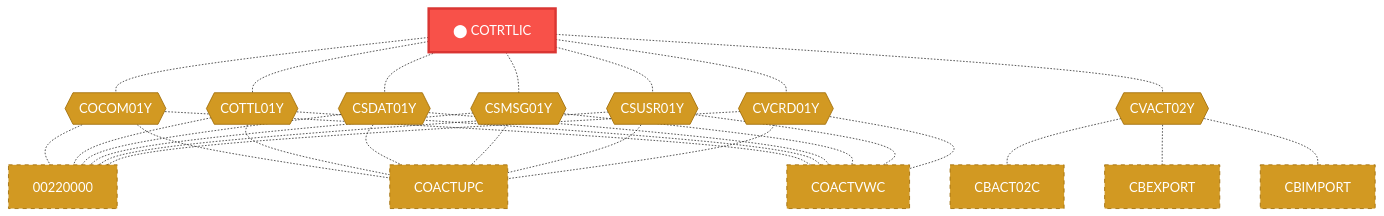
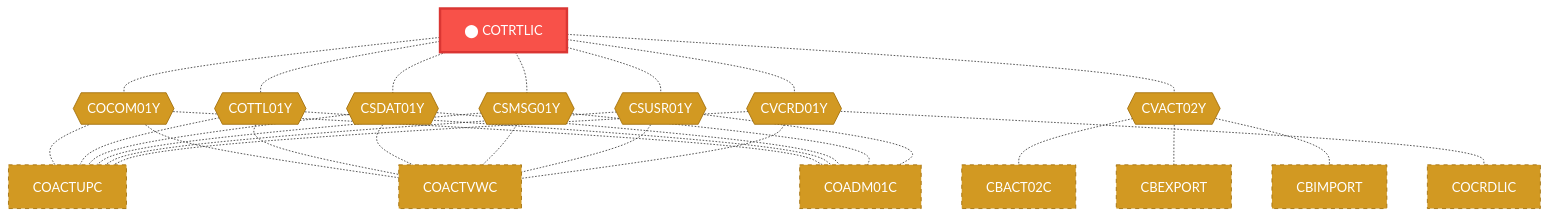
Before and after one commit to Arun973150/new_doc: the first of 2 diagrams in Unisys_doc-main/doc_demo/docs/programs/COTRTLIC.md, drawn with Mermaid. The commit also changed other lines of this file and 609 other files, not shown here.

````diff
--- a/Unisys_doc-main/doc_demo/docs/programs/COTRTLIC.md
+++ b/Unisys_doc-main/doc_demo/docs/programs/COTRTLIC.md
@@ -57,66 +57,66 @@
 ```mermaid
 flowchart TD
     COTRTLIC["⬤ COTRTLIC"]:::target
     CB_COCOM01Y{{"COCOM01Y"}}:::copybook
     COTRTLIC -.- CB_COCOM01Y
-    00220000["00220000"]:::coupled
-    CB_COCOM01Y -.- 00220000
     COACTUPC["COACTUPC"]:::coupled
     CB_COCOM01Y -.- COACTUPC
     COACTVWC["COACTVWC"]:::coupled
     CB_COCOM01Y -.- COACTVWC
+    COADM01C["COADM01C"]:::coupled
+    CB_COCOM01Y -.- COADM01C
     CB_COTTL01Y{{"COTTL01Y"}}:::copybook
     COTRTLIC -.- CB_COTTL01Y
-    00220000["00220000"]:::coupled
-    CB_COTTL01Y -.- 00220000
     COACTUPC["COACTUPC"]:::coupled
     CB_COTTL01Y -.- COACTUPC
     COACTVWC["COACTVWC"]:::coupled
     CB_COTTL01Y -.- COACTVWC
+    COADM01C["COADM01C"]:::coupled
+    CB_COTTL01Y -.- COADM01C
     CB_CSDAT01Y{{"CSDAT01Y"}}:::copybook
     COTRTLIC -.- CB_CSDAT01Y
-    00220000["00220000"]:::coupled
-    CB_CSDAT01Y -.- 00220000
     COACTUPC["COACTUPC"]:::coupled
     CB_CSDAT01Y -.- COACTUPC
     COACTVWC["COACTVWC"]:::coupled
     CB_CSDAT01Y -.- COACTVWC
+    COADM01C["COADM01C"]:::coupled
+    CB_CSDAT01Y -.- COADM01C
     CB_CSMSG01Y{{"CSMSG01Y"}}:::copybook
     COTRTLIC -.- CB_CSMSG01Y
-    00220000["00220000"]:::coupled
-    CB_CSMSG01Y -.- 00220000
     COACTUPC["COACTUPC"]:::coupled
     CB_CSMSG01Y -.- COACTUPC
     COACTVWC["COACTVWC"]:::coupled
     CB_CSMSG01Y -.- COACTVWC
+    COADM01C["COADM01C"]:::coupled
+    CB_CSMSG01Y -.- COADM01C
     CB_CSUSR01Y{{"CSUSR01Y"}}:::copybook
     COTRTLIC -.- CB_CSUSR01Y
-    00220000["00220000"]:::coupled
-    CB_CSUSR01Y -.- 00220000
     COACTUPC["COACTUPC"]:::coupled
     CB_CSUSR01Y -.- COACTUPC
     COACTVWC["COACTVWC"]:::coupled
     CB_CSUSR01Y -.- COACTVWC
+    COADM01C["COADM01C"]:::coupled
+    CB_CSUSR01Y -.- COADM01C
     CB_CVACT02Y{{"CVACT02Y"}}:::copybook
     COTRTLIC -.- CB_CVACT02Y
     CBACT02C["CBACT02C"]:::coupled
     CB_CVACT02Y -.- CBACT02C
     CBEXPORT["CBEXPORT"]:::coupled
     CB_CVACT02Y -.- CBEXPORT
     CBIMPORT["CBIMPORT"]:::coupled
     CB_CVACT02Y -.- CBIMPORT
     CB_CVCRD01Y{{"CVCRD01Y"}}:::copybook
     COTRTLIC -.- CB_CVCRD01Y
-    00220000["00220000"]:::coupled
-    CB_CVCRD01Y -.- 00220000
     COACTUPC["COACTUPC"]:::coupled
     CB_CVCRD01Y -.- COACTUPC
     COACTVWC["COACTVWC"]:::coupled
     CB_CVCRD01Y -.- COACTVWC
+    COCRDLIC["COCRDLIC"]:::coupled
+    CB_CVCRD01Y -.- COCRDLIC
     classDef target fill:#f85149,stroke:#da3633,color:#fff,stroke-width:3px
     classDef caller fill:#58a6ff,stroke:#1f6feb,color:#fff
     classDef callee fill:#3fb950,stroke:#238636,color:#fff
     classDef copybook fill:#d29922,stroke:#9e6a03,color:#fff
     classDef coupled fill:#d29922,stroke:#9e6a03,color:#fff,stroke-dasharray:5
     classDef transitive fill:#484f58,stroke:#8b949e,color:#c9d1d9,stroke-dasharray:5
 ```
````
